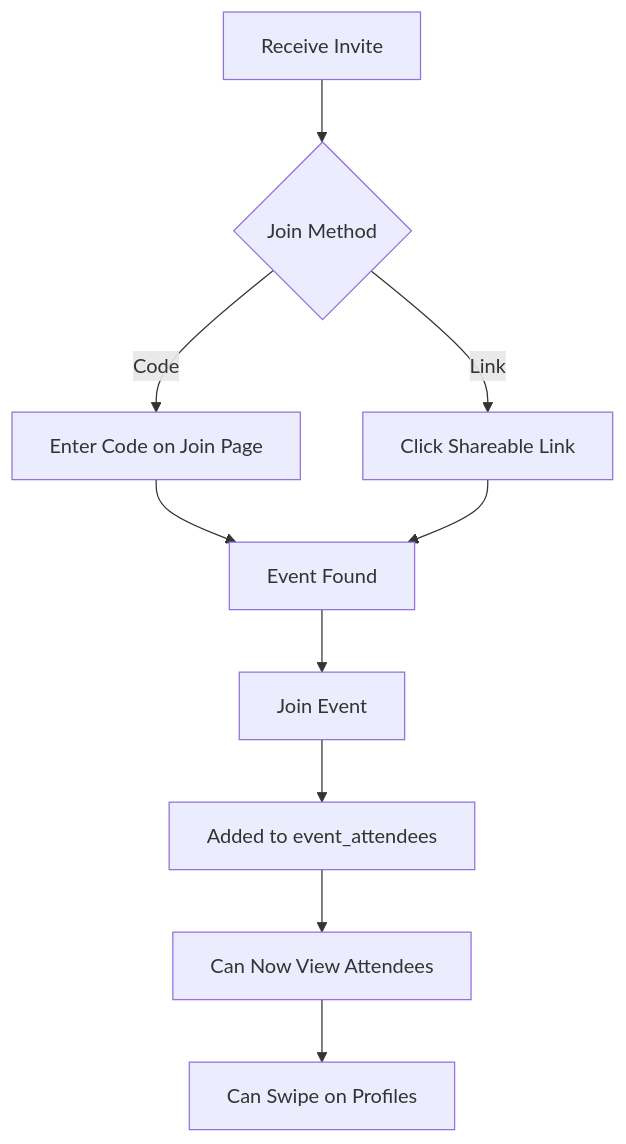
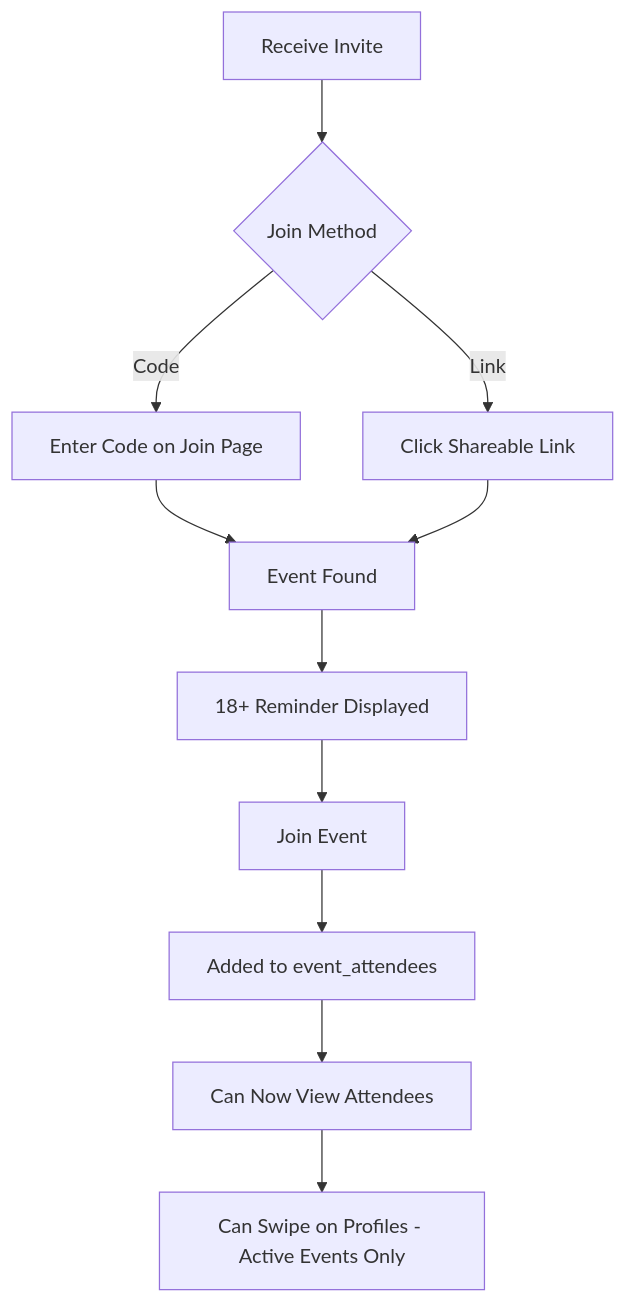
One commit to ketochiesesoyyo/konfetti-capacitor-integration changed the third of 7 diagrams in PRODUCT_REQUIREMENTS_DOCUMENT.md. Above: the diagram before and after it, drawn with Mermaid. The commit also changed other lines of this file, not shown here.

````diff
--- a/PRODUCT_REQUIREMENTS_DOCUMENT.md
+++ b/PRODUCT_REQUIREMENTS_DOCUMENT.md
@@ -903,12 +1185,13 @@
 ```mermaid
 graph TD
     A[Receive Invite] --> B{Join Method}
     B --> |Code| C[Enter Code on Join Page]
     B --> |Link| D[Click Shareable Link]
     C --> E[Event Found]
     D --> E
-    E --> F[Join Event]
-    F --> G[Added to event_attendees]
-    G --> H[Can Now View Attendees]
-    H --> I[Can Swipe on Profiles]
+    E --> F[18+ Reminder Displayed]
+    F --> G[Join Event]
+    G --> H[Added to event_attendees]
+    H --> I[Can Now View Attendees]
+    I --> J[Can Swipe on Profiles - Active Events Only]
 ```
````
